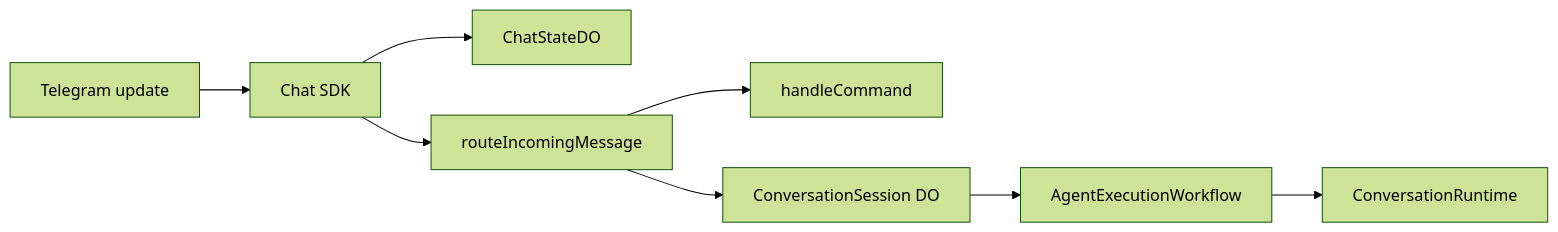
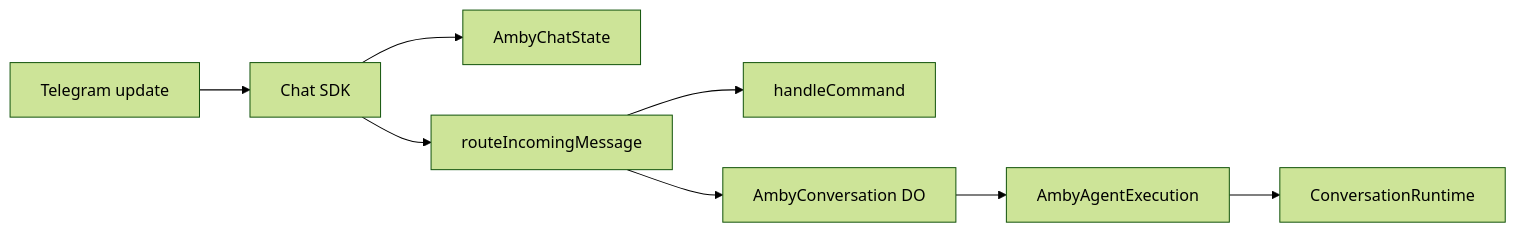
One commit to punitarani/amby changed the second of 4 diagrams in docs/channels/telegram.md. Above: the diagram before and after it, drawn with Mermaid (forest theme). The commit also changed other lines of this file and 17 other files, not shown here.

````diff
--- a/docs/channels/telegram.md
+++ b/docs/channels/telegram.md
@@ -115,10 +115,10 @@
 ```mermaid
 flowchart LR
     Update[Telegram update] --> Chat[Chat SDK]
-    Chat --> State[ChatStateDO]
+    Chat --> State[AmbyChatState]
     Chat --> Route[routeIncomingMessage]
     Route --> Command[handleCommand]
-    Route --> Session[ConversationSession DO]
-    Session --> Workflow[AgentExecutionWorkflow]
+    Route --> Session["AmbyConversation DO"]
+    Session --> Workflow[AmbyAgentExecution]
     Workflow --> Runtime[ConversationRuntime]
 ```
````
